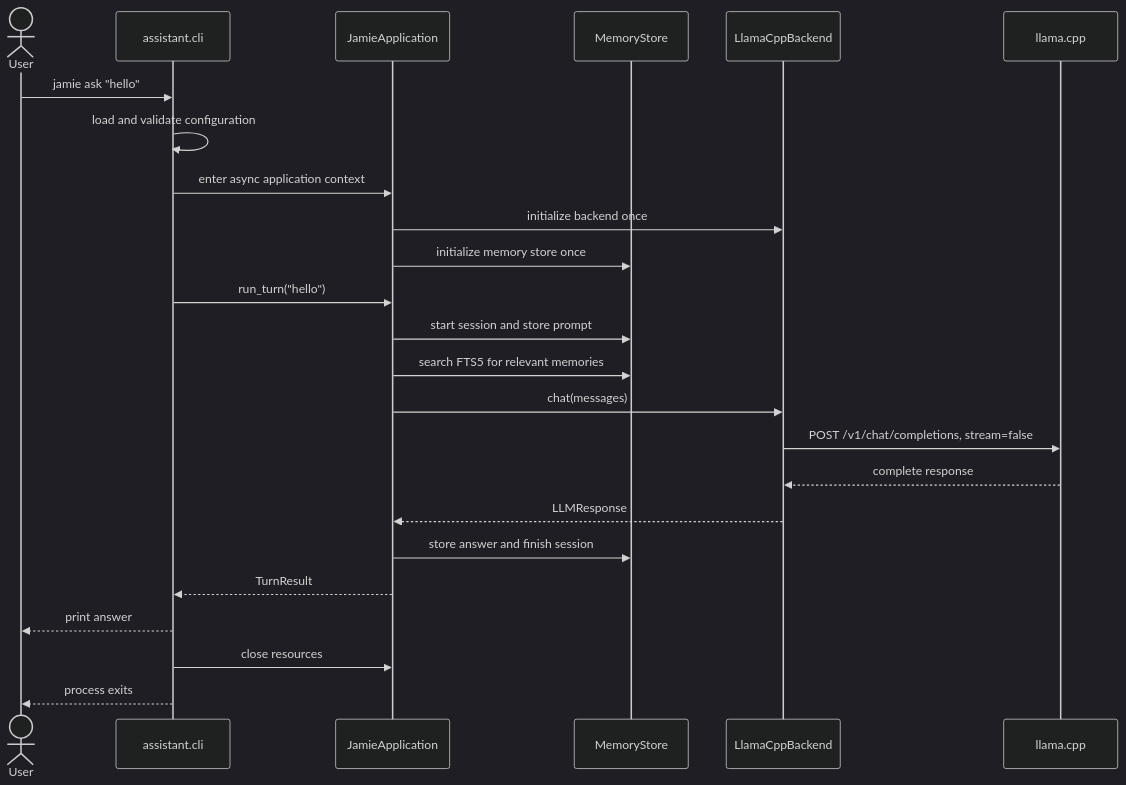
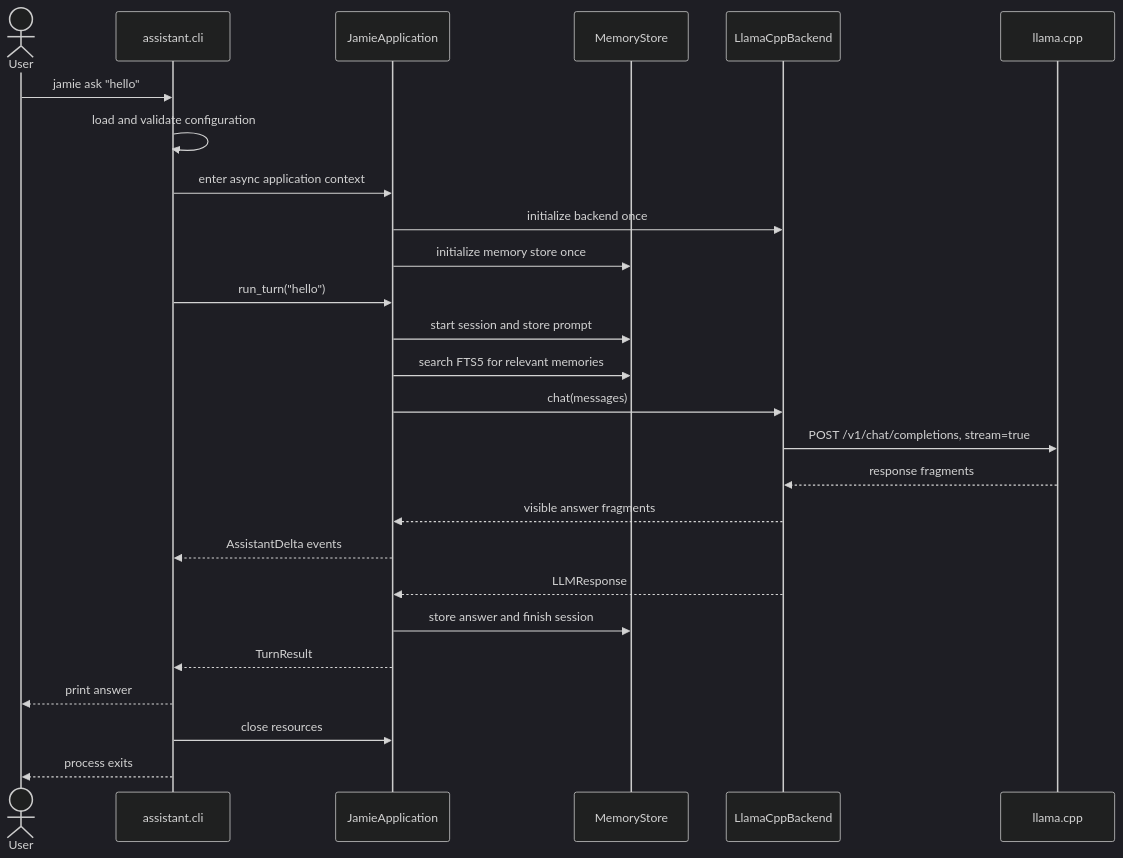
Before and after one commit to j58liu/Jamie: the first of 2 diagrams in docs/design/interactive-terminal.md, drawn with Mermaid (dark theme). The commit also changed other lines of this file and 33 other files, not shown here.

````diff
--- a/docs/design/interactive-terminal.md
+++ b/docs/design/interactive-terminal.md
@@ -75,27 +78,29 @@
 ```mermaid
 sequenceDiagram
     actor User
     participant CLI as assistant.cli
     participant App as JamieApplication
     participant Memory as MemoryStore
     participant Backend as LlamaCppBackend
     participant Server as llama.cpp
 
     User->>CLI: jamie ask "hello"
     CLI->>CLI: load and validate configuration
     CLI->>App: enter async application context
     App->>Backend: initialize backend once
     App->>Memory: initialize memory store once
     CLI->>App: run_turn("hello")
     App->>Memory: start session and store prompt
     App->>Memory: search FTS5 for relevant memories
     App->>Backend: chat(messages)
-    Backend->>Server: POST /v1/chat/completions, stream=false
-    Server-->>Backend: complete response
+    Backend->>Server: POST /v1/chat/completions, stream=true
+    Server-->>Backend: response fragments
+    Backend-->>App: visible answer fragments
+    App-->>CLI: AssistantDelta events
     Backend-->>App: LLMResponse
     App->>Memory: store answer and finish session
     App-->>CLI: TurnResult
     CLI-->>User: print answer
     CLI->>App: close resources
     CLI-->>User: process exits
 ```
````
